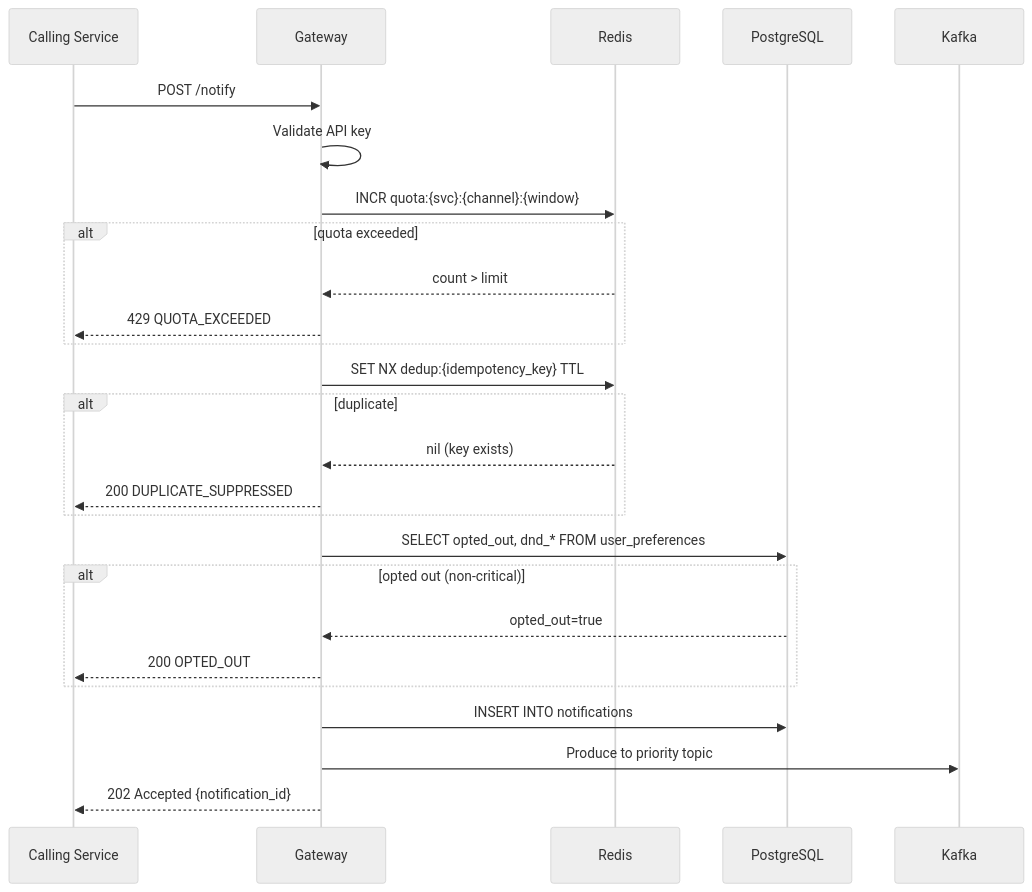
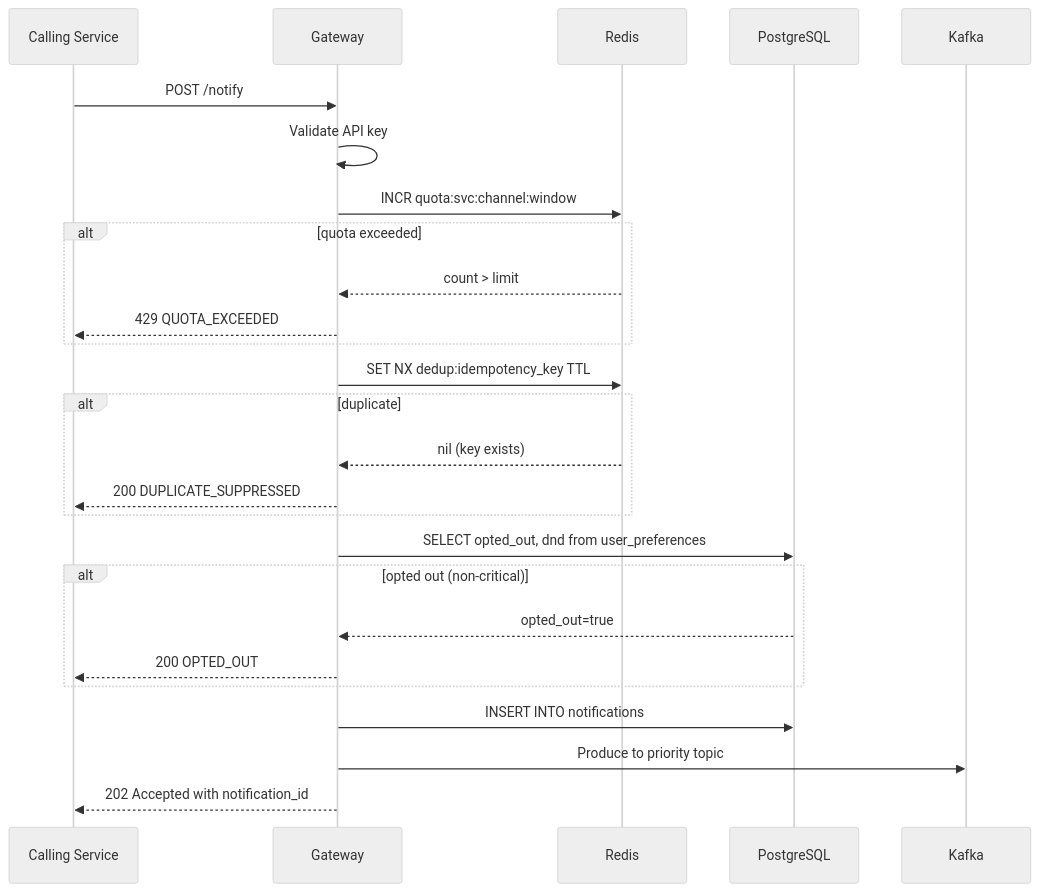
Before and after one commit to bindian0509/system-design: the first of 4 diagrams in notification-service/design/api-contracts.md, drawn with Mermaid (neutral theme). The commit also changed other lines of this file and 9 other files, not shown here.

Commit message:
fixing mermaid

````diff
--- a/notification-service/design/api-contracts.md
+++ b/notification-service/design/api-contracts.md
@@ -99,33 +99,33 @@
 ```mermaid
 sequenceDiagram
     participant C as Calling Service
     participant GW as Gateway
     participant Redis as Redis
     participant PG as PostgreSQL
     participant Kafka as Kafka
 
     C->>GW: POST /notify
 
     GW->>GW: Validate API key
-    GW->>Redis: INCR quota:{svc}:{channel}:{window}
+    GW->>Redis: INCR quota:svc:channel:window
     alt quota exceeded
         Redis-->>GW: count > limit
         GW-->>C: 429 QUOTA_EXCEEDED
     end
 
-    GW->>Redis: SET NX dedup:{idempotency_key} TTL
+    GW->>Redis: SET NX dedup:idempotency_key TTL
     alt duplicate
         Redis-->>GW: nil (key exists)
         GW-->>C: 200 DUPLICATE_SUPPRESSED
     end
 
-    GW->>PG: SELECT opted_out, dnd_* FROM user_preferences
+    GW->>PG: SELECT opted_out, dnd from user_preferences
     alt opted out (non-critical)
         PG-->>GW: opted_out=true
         GW-->>C: 200 OPTED_OUT
     end
 
     GW->>PG: INSERT INTO notifications
     GW->>Kafka: Produce to priority topic
-    GW-->>C: 202 Accepted {notification_id}
+    GW-->>C: 202 Accepted with notification_id
 ```
````
